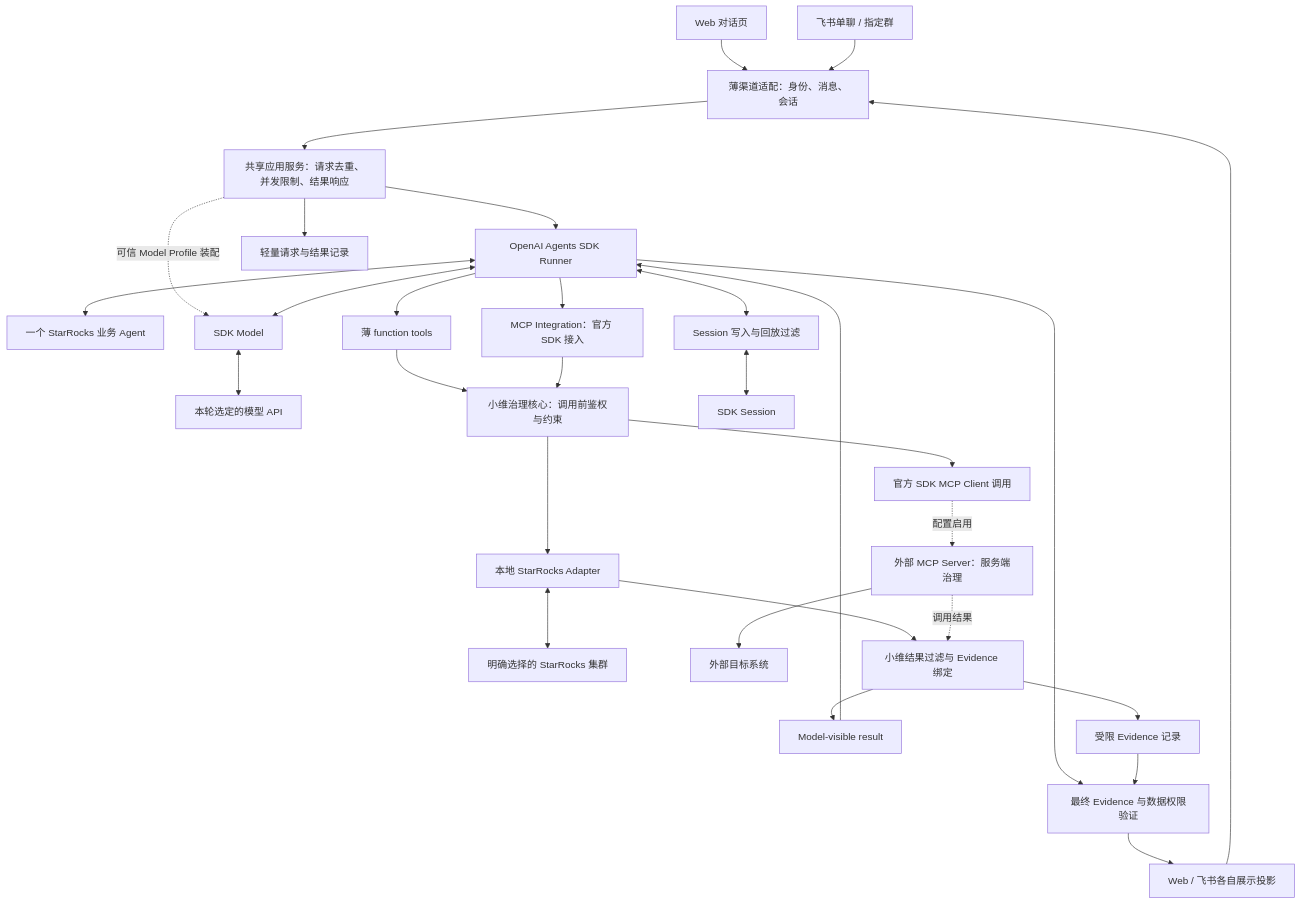
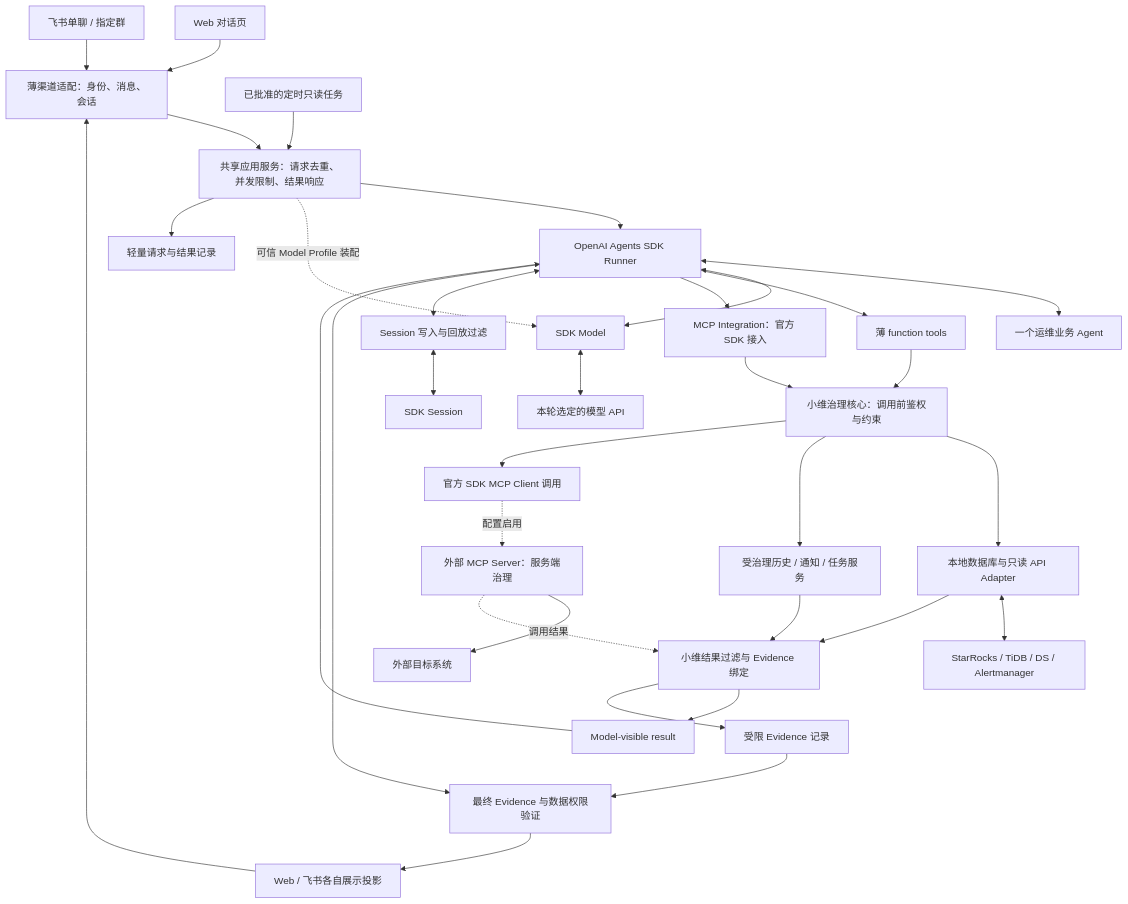
Before and after one commit to shixian66/xiaowei-agent-sdk: the diagram in ARCHITECTURE.md, drawn with Mermaid. The commit also changed other lines of this file and 3 other files, not shown here.

````diff
--- a/ARCHITECTURE.md
+++ b/ARCHITECTURE.md
@@ -62,32 +66,35 @@
 ```mermaid
 flowchart TD
     W[Web 对话页] --> C[薄渠道适配：身份、消息、会话]
     F[飞书单聊 / 指定群] --> C
     C --> A[共享应用服务：请求去重、并发限制、结果响应]
+    J[已批准的定时只读任务] --> A
     A --> R[OpenAI Agents SDK Runner]
-    R <--> G[一个 StarRocks 业务 Agent]
+    R <--> G[一个运维业务 Agent]
     A -. 可信 Model Profile 装配 .-> MP[SDK Model]
     R <--> MP
     MP <--> API[本轮选定的模型 API]
     R --> T[薄 function tools]
     R --> I[MCP Integration：官方 SDK 接入]
     T --> B[小维治理核心：调用前鉴权与约束]
     I --> B
-    B --> D[本地 StarRocks Adapter]
-    D <--> DB[明确选择的 StarRocks 集群]
+    B --> D[本地数据库与只读 API Adapter]
+    D <--> DB[StarRocks / TiDB / DS / Alertmanager]
+    B --> L[受治理历史 / 通知 / 任务服务]
     B --> MC[官方 SDK MCP Client 调用]
     MC -. 配置启用 .-> MS[外部 MCP Server：服务端治理]
     MS --> X[外部目标系统]
     D --> P1[小维结果过滤与 Evidence 绑定]
+    L --> P1
     MS -. 调用结果 .-> P1
     P1 --> M[Model-visible result]
     M --> R
     P1 --> E[受限 Evidence 记录]
     R <--> H[Session 写入与回放过滤]
     H <--> S[SDK Session]
     A --> P[轻量请求与结果记录]
     R --> V[最终 Evidence 与数据权限验证]
     E --> V
     V --> O[Web / 飞书各自展示投影]
     O --> C
 ```
````
